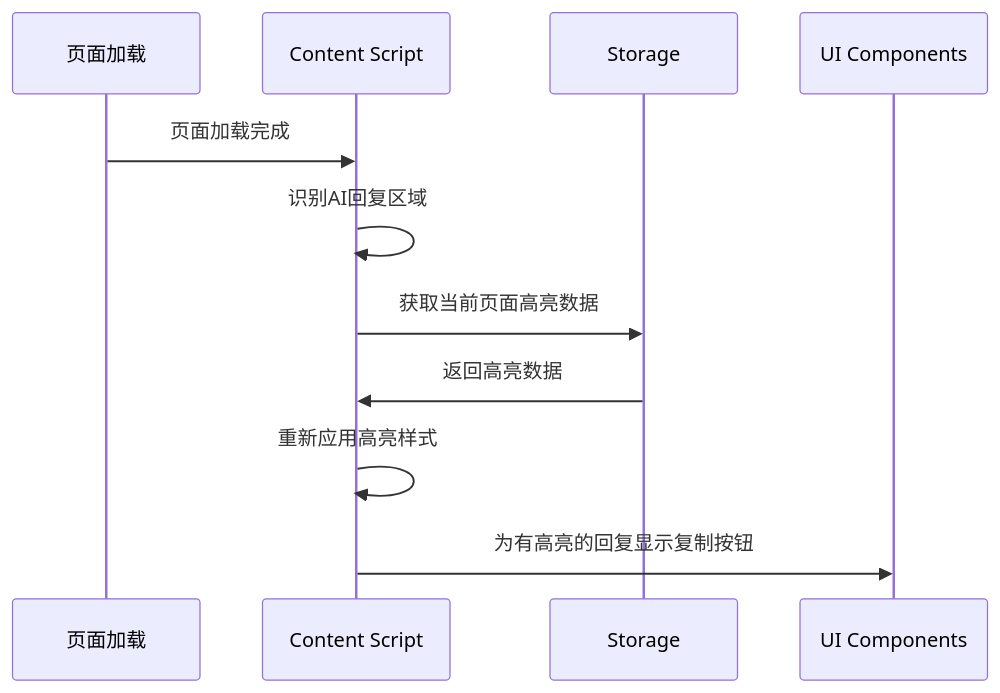
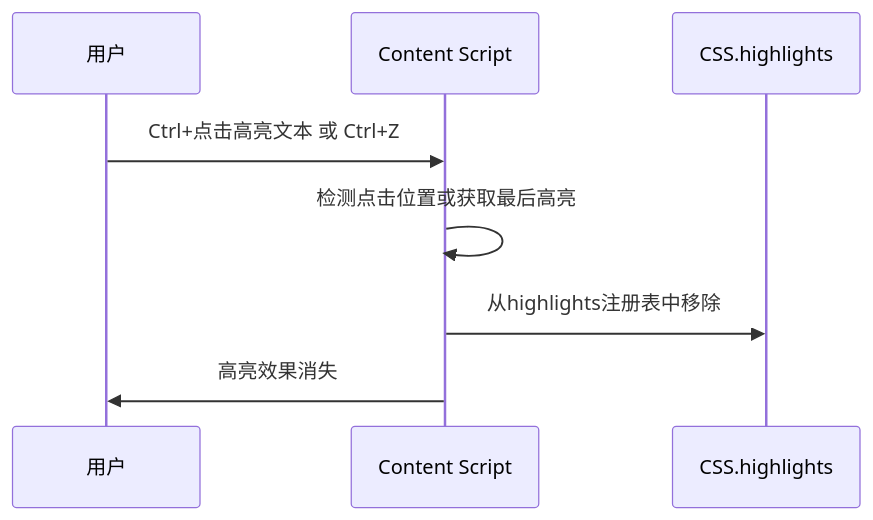
Before and after one commit to MarssZ/Highlight-by-Marss: the fourth of 4 diagrams in specs/ai-highlight-assistant/design.md, drawn with Mermaid. The commit also changed other lines of this file and 3 other files, not shown here.

````diff
--- a/specs/ai-highlight-assistant/design.md
+++ b/specs/ai-highlight-assistant/design.md
@@ -183,14 +128,11 @@
 ```mermaid
 sequenceDiagram
-    participant P as 页面加载
+    participant U as 用户
     participant C as Content Script
-    participant S as Storage
-    participant UI as UI Components
+    participant H as CSS.highlights
     
-    P->>C: 页面加载完成
-    C->>C: 识别AI回复区域
-    C->>S: 获取当前页面高亮数据
-    S->>C: 返回高亮数据
-    C->>C: 重新应用高亮样式
-    C->>UI: 为有高亮的回复显示复制按钮
+    U->>C: Ctrl+点击高亮文本 或 Ctrl+Z
+    C->>C: 检测点击位置或获取最后高亮
+    C->>H: 从highlights注册表中移除
+    C->>U: 高亮效果消失
 ```
````
